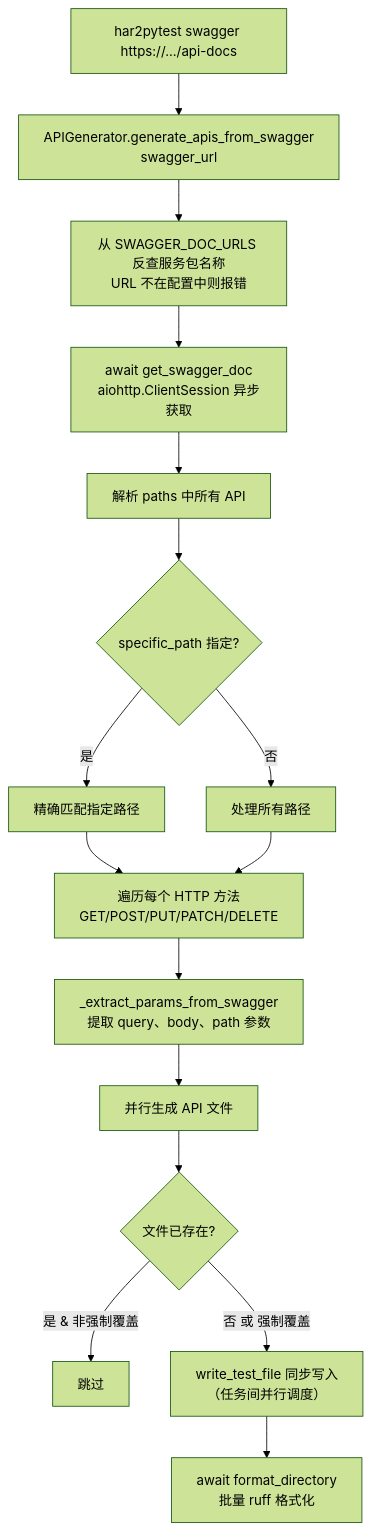
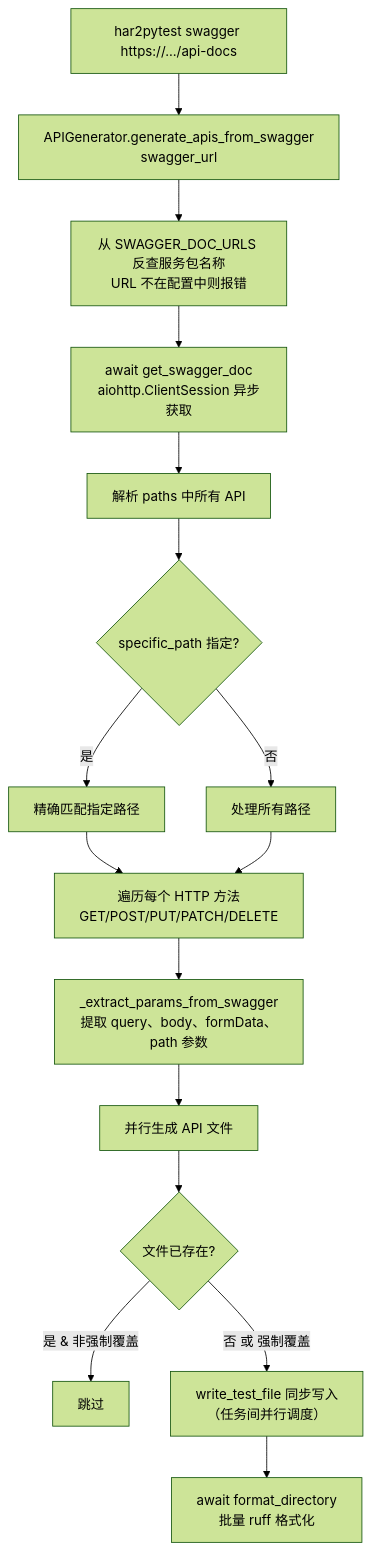
Before and after one commit to hewei198711/har2pytest: the second of 2 diagrams in docs/api_file_generation.md, drawn with Mermaid (forest theme). The commit also changed other lines of this file and 44 other files, not shown here.

````diff
--- a/docs/api_file_generation.md
+++ b/docs/api_file_generation.md
@@ -240,19 +240,19 @@
 ```mermaid
 flowchart TD
     A[har2pytest swagger https://.../api-docs] --> B[APIGenerator.generate_apis_from_swagger<br/>swagger_url]
     B --> B1[从 SWAGGER_DOC_URLS 反查服务包名称<br/>URL 不在配置中则报错]
     B1 --> D[await get_swagger_doc<br/>aiohttp.ClientSession 异步获取]
     D --> E[解析 paths 中所有 API]
     E --> F{specific_path 指定?}
     F -->|是| G[精确匹配指定路径]
     F -->|否| H[处理所有路径]
     G --> I
     H --> I
     I[遍历每个 HTTP 方法<br/>GET/POST/PUT/PATCH/DELETE]
-    I --> K[_extract_params_from_swagger<br/>提取 query、body、path 参数]
+    I --> K[_extract_params_from_swagger<br/>提取 query、body、formData、path 参数]
     K --> L[并行生成 API 文件]
     L --> M{文件已存在?}
     M -->|是 & 非强制覆盖| N[跳过]
     M -->|否 或 强制覆盖| O[write_test_file 同步写入<br/>（任务间并行调度）]
     O --> P[await format_directory<br/>批量 ruff 格式化]
 ```
````
